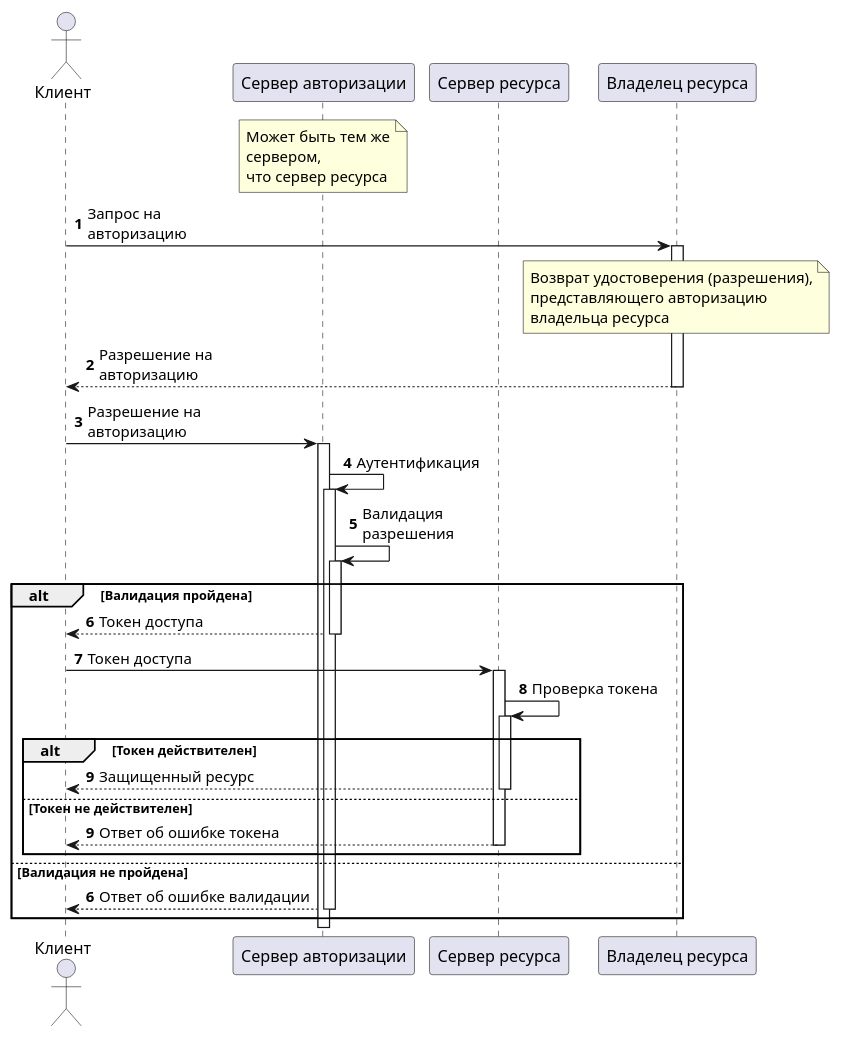
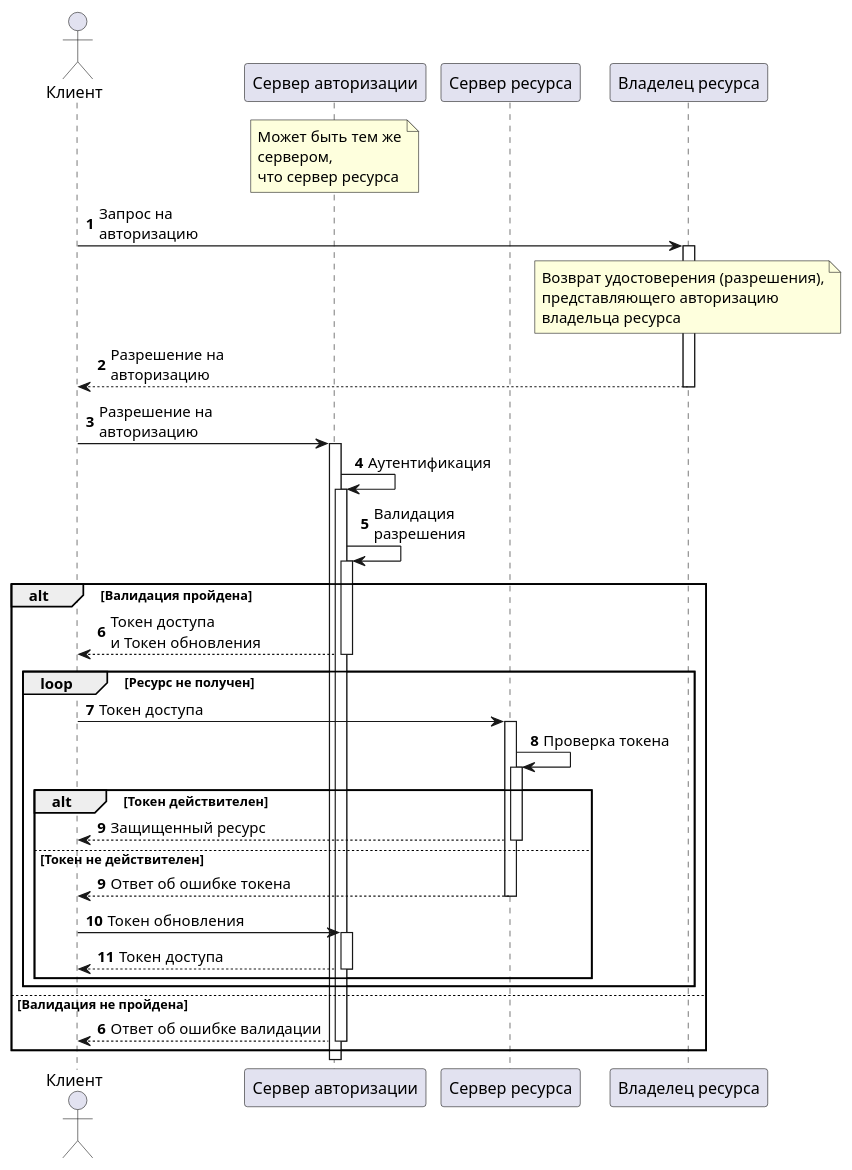
One commit to AleksanderNekr/LichessAnalyzer changed the diagram in docs/OAuth.puml. Above: the diagram before and after it, drawn with PlantUML.

Commit message:
[Docs] Add refresh token handle in OAuth.puml.

```diff
--- a/docs/OAuth.puml
+++ b/docs/OAuth.puml
@@ -1,45 +1,49 @@
 @startuml
 
 autonumber
 autoactivate on
 
 actor Клиент as client
 participant "Сервер авторизации" as auth_server
 note over of auth_server
 Может быть тем же
 сервером,
 что сервер ресурса
 end note
 participant "Сервер ресурса" as resource_server
 participant "Владелец ресурса" as resource_owner
 
 client -> resource_owner: Запрос на\nавторизацию
 note over of resource_owner
 Возврат удостоверения (разрешения),
 представляющего авторизацию
 владельца ресурса
 end note
 return Разрешение на\nавторизацию
 
 client -> auth_server: Разрешение на\nавторизацию
 auth_server -> auth_server: Аутентификация
 auth_server -> auth_server: Валидация\nразрешения
 
 alt Валидация пройдена
-    auth_server --> client: Токен доступа
+    auth_server --> client: Токен доступа\nи Токен обновления
     
-    client -> resource_server: Токен доступа
-    resource_server -> resource_server: Проверка токена
-    alt Токен действителен
-        resource_server --> client: Защищенный ресурс
-    else Токен не действителен
-        autonumber 9
-        resource_server --> client: Ответ об ошибке токена
+    loop Ресурс не получен
+        client -> resource_server: Токен доступа
+        resource_server -> resource_server: Проверка токена
+        alt Токен действителен
+            resource_server --> client: Защищенный ресурс
+        else Токен не действителен
+            autonumber 9
+            resource_server --> client: Ответ об ошибке токена
+            client -> auth_server: Токен обновления
+            auth_server --> client: Токен доступа
+        end
     end
 else Валидация не пройдена
     autonumber 6
     auth_server --> client: Ответ об ошибке валидации
 end
 
 
 @enduml
```
